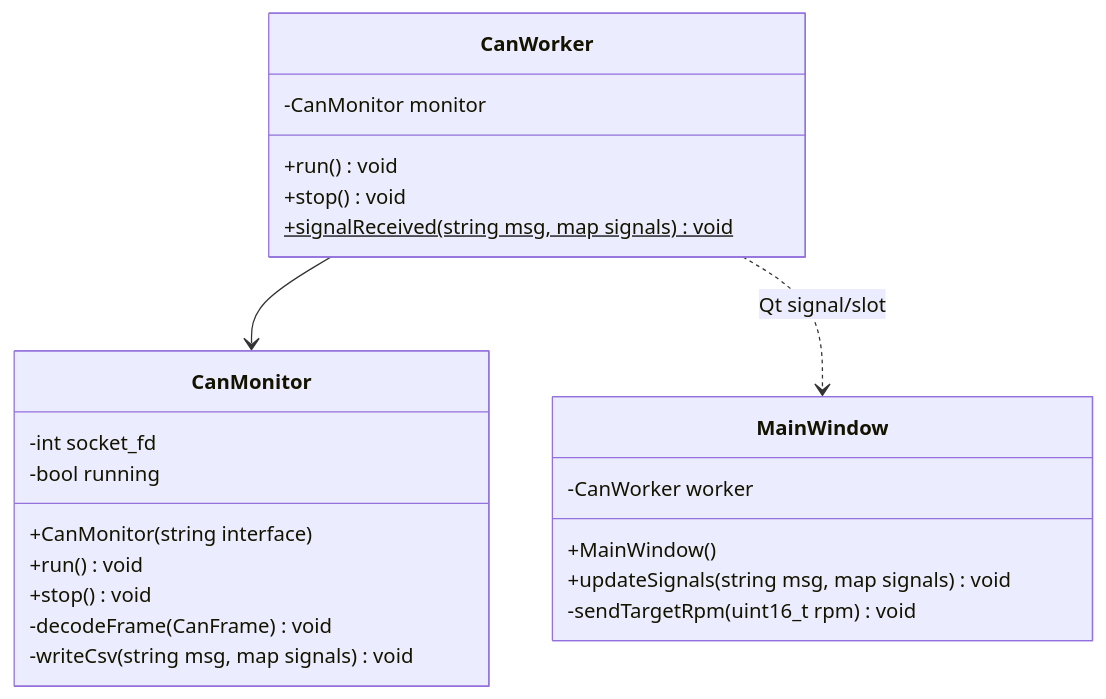
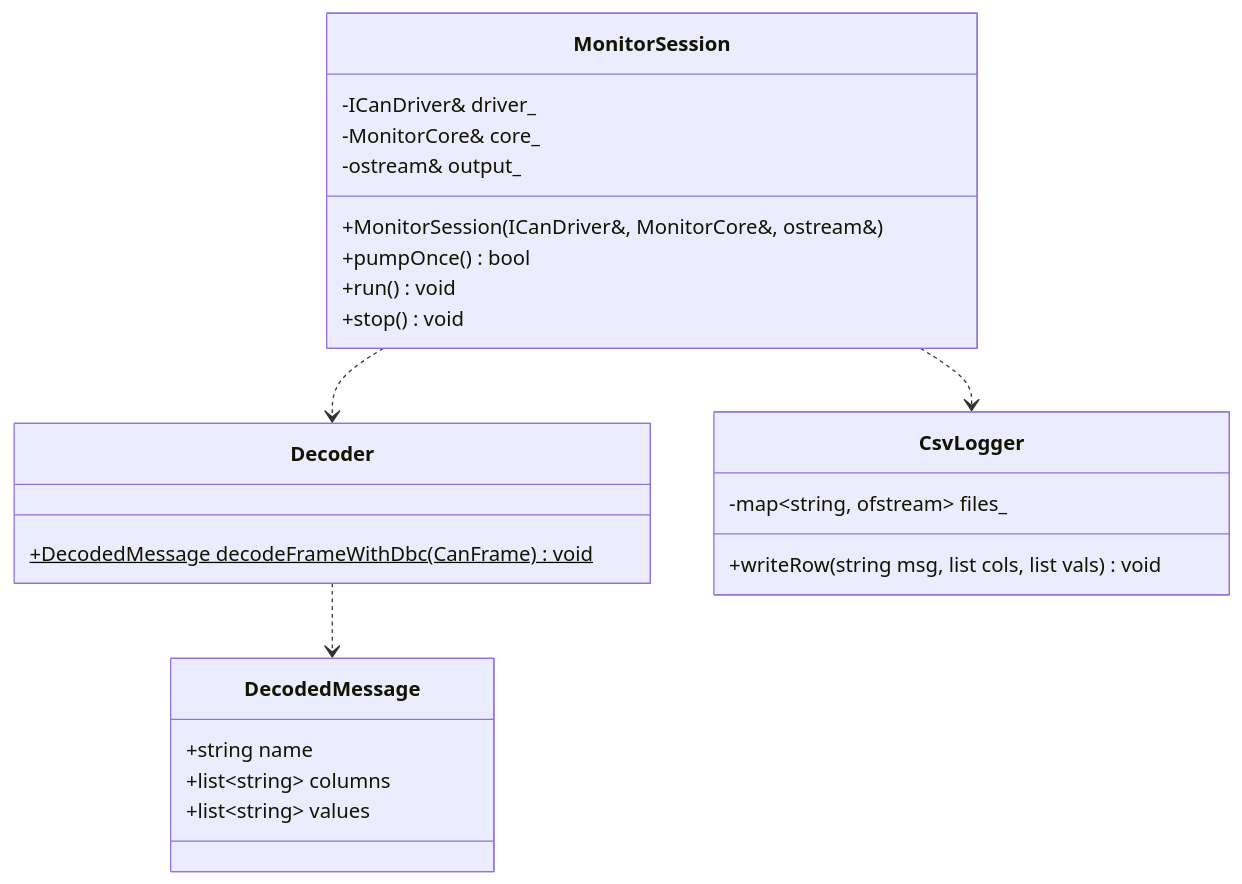
Before and after one commit to brahimab8/vcan-sim: the second of 2 diagrams in docs/architecture.md, drawn with Mermaid. The commit also changed other lines of this file and 1 other file, not shown here.

Commit message:
docs: update architecture and README to reference C++ monitor.

````diff
--- a/docs/architecture.md
+++ b/docs/architecture.md
@@ -128,30 +132,32 @@
 ```mermaid
 classDiagram
 
-    class CanMonitor {
-        -int socket_fd
-        -bool running
-        +CanMonitor(string interface)
+    class DecodedMessage {
+        +string name
+        +list~string~ columns
+        +list~string~ values
+    }
+
+    class Decoder {
+        +DecodedMessage decodeFrameWithDbc(CanFrame)$ void
+    }
+
+    class CsvLogger {
+        -map~string, ofstream~ files_
+        +writeRow(string msg, list cols, list vals) void
+    }
+
+    class MonitorSession {
+        -ICanDriver& driver_
+        -MonitorCore& core_
+        -ostream& output_
+        +MonitorSession(ICanDriver&, MonitorCore&, ostream&)
+        +pumpOnce() bool
         +run() void
         +stop() void
-        -decodeFrame(CanFrame) void
-        -writeCsv(string msg, map signals) void
     }
 
-    class CanWorker {
-        -CanMonitor monitor
-        +run() void
-        +stop() void
-        +signalReceived(string msg, map signals)$ void
-    }
-
-    class MainWindow {
-        -CanWorker worker
-        +MainWindow()
-        +updateSignals(string msg, map signals) void
-        -sendTargetRpm(uint16_t rpm) void
-    }
-
-    CanWorker --> CanMonitor
-    CanWorker ..> MainWindow : Qt signal/slot
+    Decoder ..> DecodedMessage
+    MonitorSession ..> Decoder
+    MonitorSession ..> CsvLogger
 ```
````
